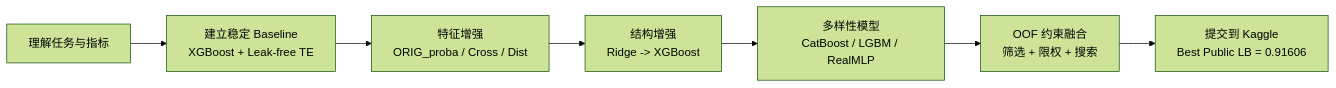
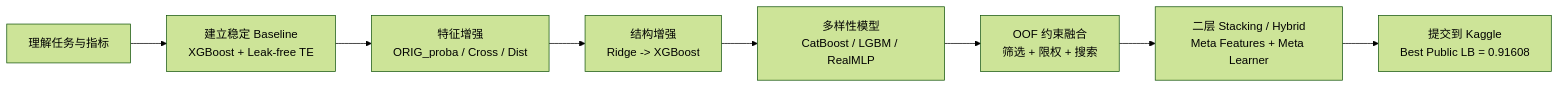
The first of 4 diagrams in docs/competition_paper.md (ChicaChan/PS-S6E3), drawn with Mermaid (forest theme) before and after one commit. The commit also changed other lines of this file and 2 other files, not shown here.

````diff
--- a/docs/competition_paper.md
+++ b/docs/competition_paper.md
@@ -21,9 +22,10 @@
 ```mermaid
 flowchart LR
     A[理解任务与指标] --> B[建立稳定 Baseline<br/>XGBoost + Leak-free TE]
     B --> C[特征增强<br/>ORIG_proba / Cross / Dist]
     C --> D[结构增强<br/>Ridge -> XGBoost]
     D --> E[多样性模型<br/>CatBoost / LGBM / RealMLP]
     E --> F[OOF 约束融合<br/>筛选 + 限权 + 搜索]
-    F --> G[提交到 Kaggle<br/>Best Public LB = 0.91606]
+    F --> G[二层 Stacking / Hybrid<br/>Meta Features + Meta Learner]
+    G --> H[提交到 Kaggle<br/>Best Public LB = 0.91608]
 ```
````
